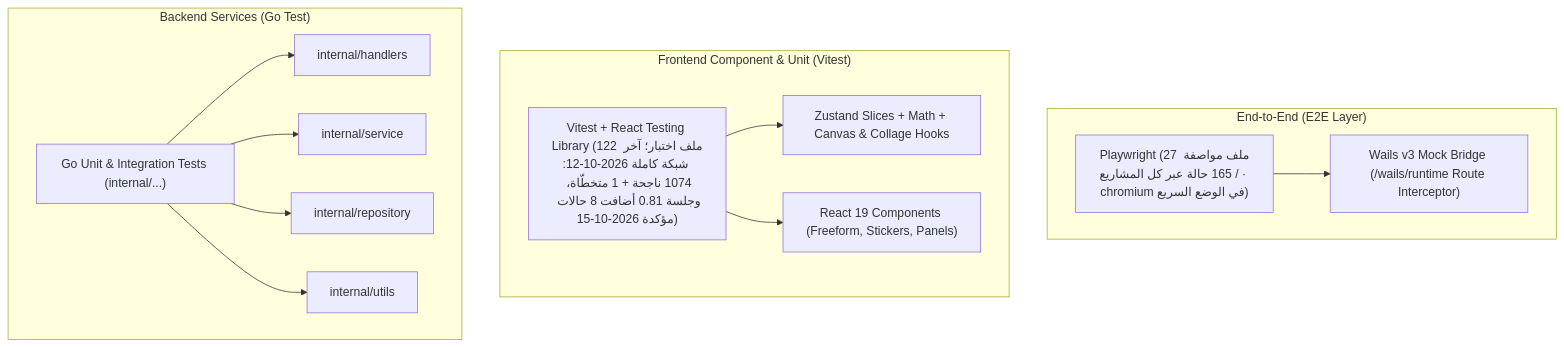
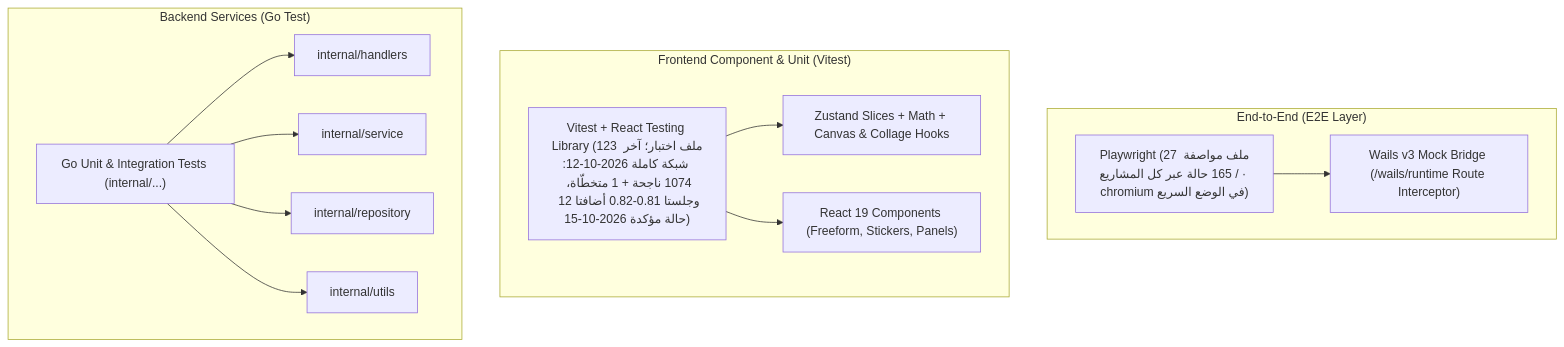
One commit to wisam79/grido changed the diagram in docs/testing_guide.md. Above: the diagram before and after it, drawn with Mermaid. The commit also changed other lines of this file and 16 other files, not shown here.

````diff
--- a/docs/testing_guide.md
+++ b/docs/testing_guide.md
@@ -11,28 +11,28 @@
 ```mermaid
 flowchart TD
     subgraph E2E ["End-to-End (E2E Layer)"]
         PW["Playwright (27 ملف مواصفة / 165 حالة عبر كل المشاريع · chromium في الوضع السريع)"]
         Bridge["Wails v3 Mock Bridge (/wails/runtime Route Interceptor)"]
         PW --> Bridge
     end
 
     subgraph FE ["Frontend Component & Unit (Vitest)"]
-        VTests["Vitest + React Testing Library (122 ملف اختبار؛ آخر شبكة كاملة 2026-10-12: 1074 ناجحة + 1 متخطّاة، وجلسة 0.81 أضافت 8 حالات مؤكدة 2026-10-15)"]
+        VTests["Vitest + React Testing Library (123 ملف اختبار؛ آخر شبكة كاملة 2026-10-12: 1074 ناجحة + 1 متخطّاة، وجلستا 0.81-0.82 أضافتا 12 حالة مؤكدة 2026-10-15)"]
         Zustand["Zustand Slices + Math + Canvas & Collage Hooks"]
         Comps["React 19 Components (Freeform, Stickers, Panels)"]
         VTests --> Zustand
         VTests --> Comps
     end
 
     subgraph BE ["Backend Services (Go Test)"]
         GoTests["Go Unit & Integration Tests (internal/...)"]
         Handlers["internal/handlers"]
         Services["internal/service"]
         Repo["internal/repository"]
         Utils["internal/utils"]
         GoTests --> Handlers
         GoTests --> Services
         GoTests --> Repo
         GoTests --> Utils
     end
 ```
````
